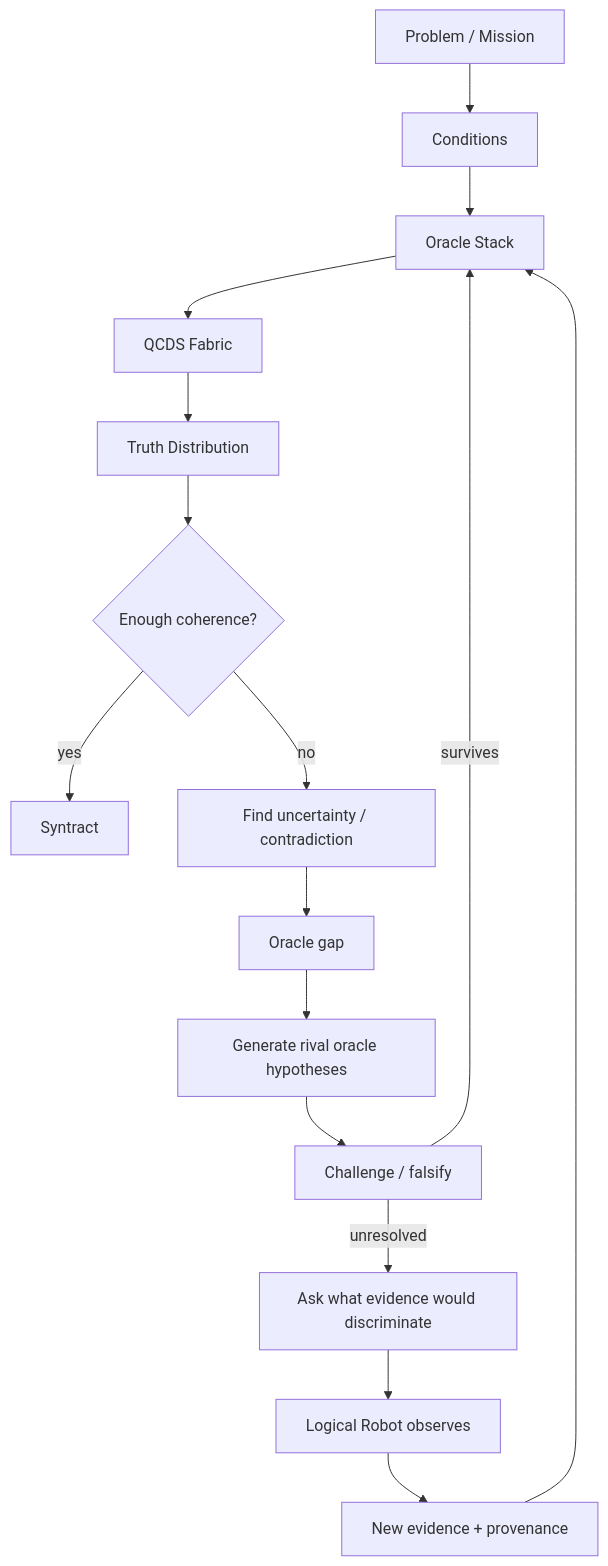
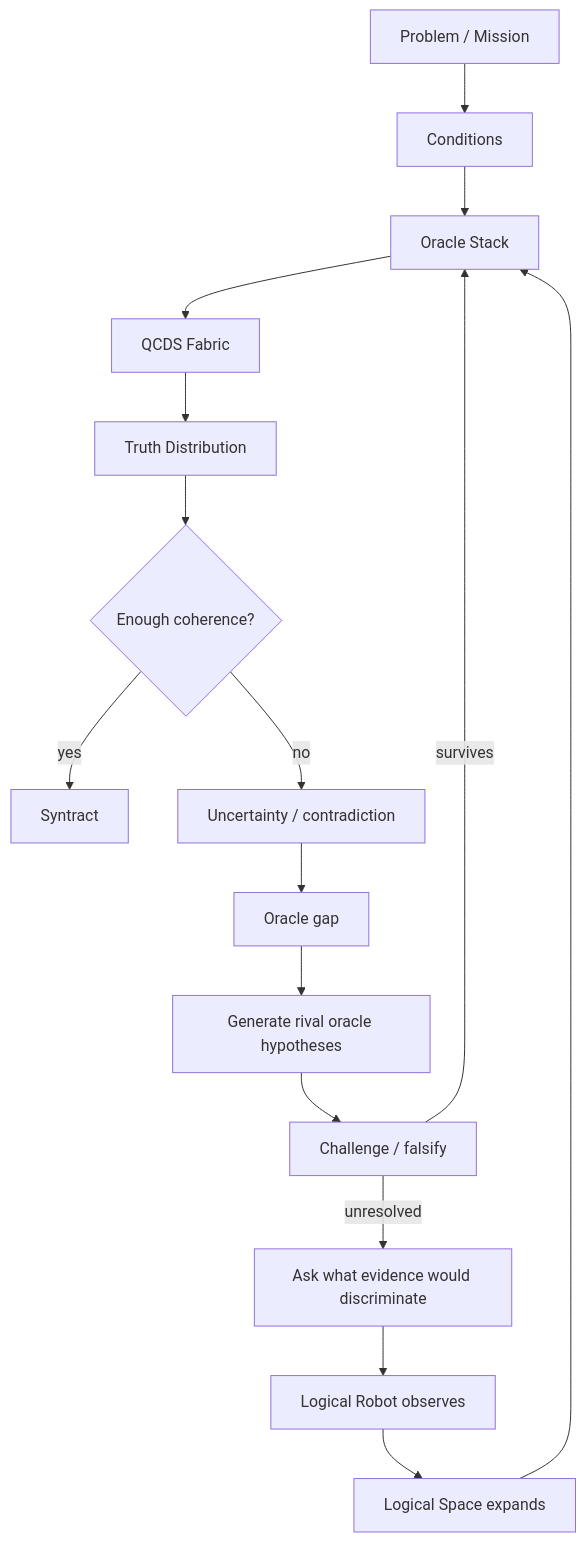
The third of 3 diagrams in README.md (iampathat/thesyntractvision), drawn with Mermaid before and after one commit. The commit also changed other lines of this file, not shown here.

Commit message:
BUILD 17: present shared Logical Space in project README

````diff
--- a/README.md
+++ b/README.md
@@ -62,18 +64,18 @@
 ```mermaid
 flowchart TD
     A[Problem / Mission] --> B[Conditions]
     B --> C[Oracle Stack]
     C --> D[QCDS Fabric]
     D --> E[Truth Distribution]
     E --> F{Enough coherence?}
     F -->|yes| G[Syntract]
-    F -->|no| H[Find uncertainty / contradiction]
+    F -->|no| H[Uncertainty / contradiction]
     H --> I[Oracle gap]
     I --> J[Generate rival oracle hypotheses]
     J --> K[Challenge / falsify]
     K -->|survives| C
-    K -->|unresolved| L[Ask what evidence would discriminate]
-    L --> M[Logical Robot observes]
-    M --> N[New evidence + provenance]
-    N --> C
+    K -->|unresolved| M[Ask what evidence would discriminate]
+    M --> R[Logical Robot observes]
+    R --> L[Logical Space expands]
+    L --> C
 ```
````
